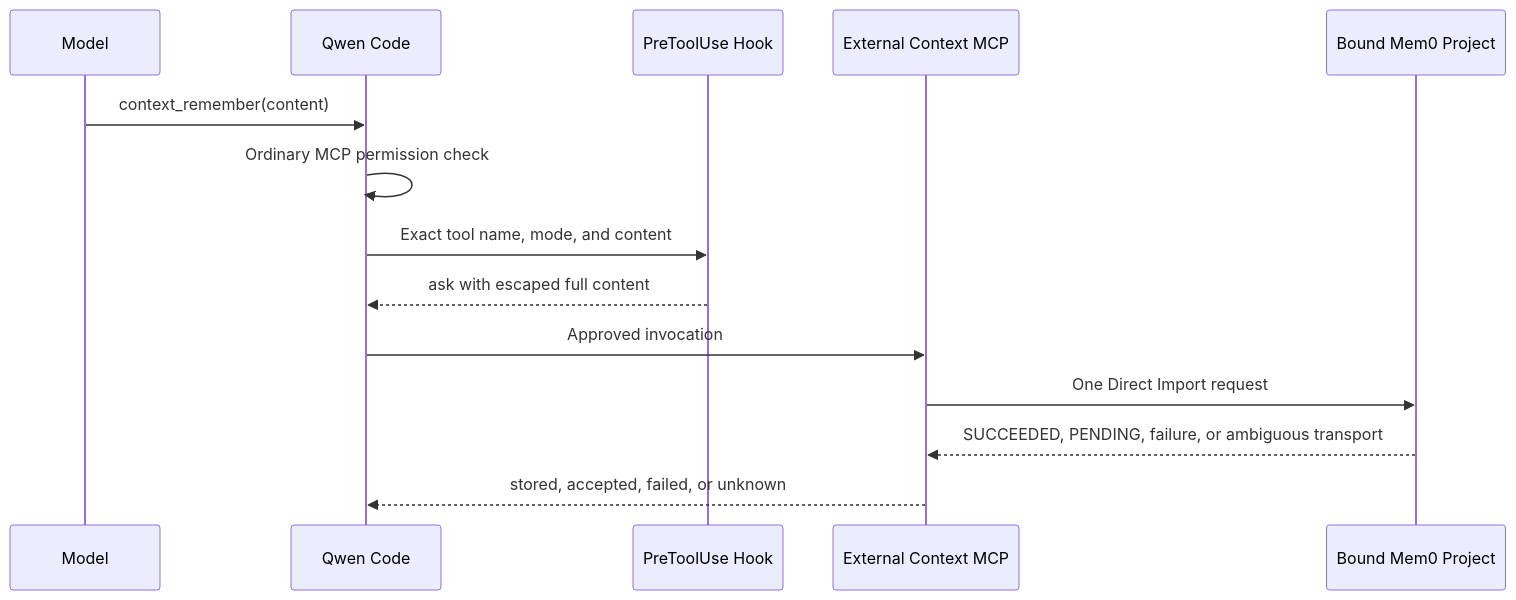
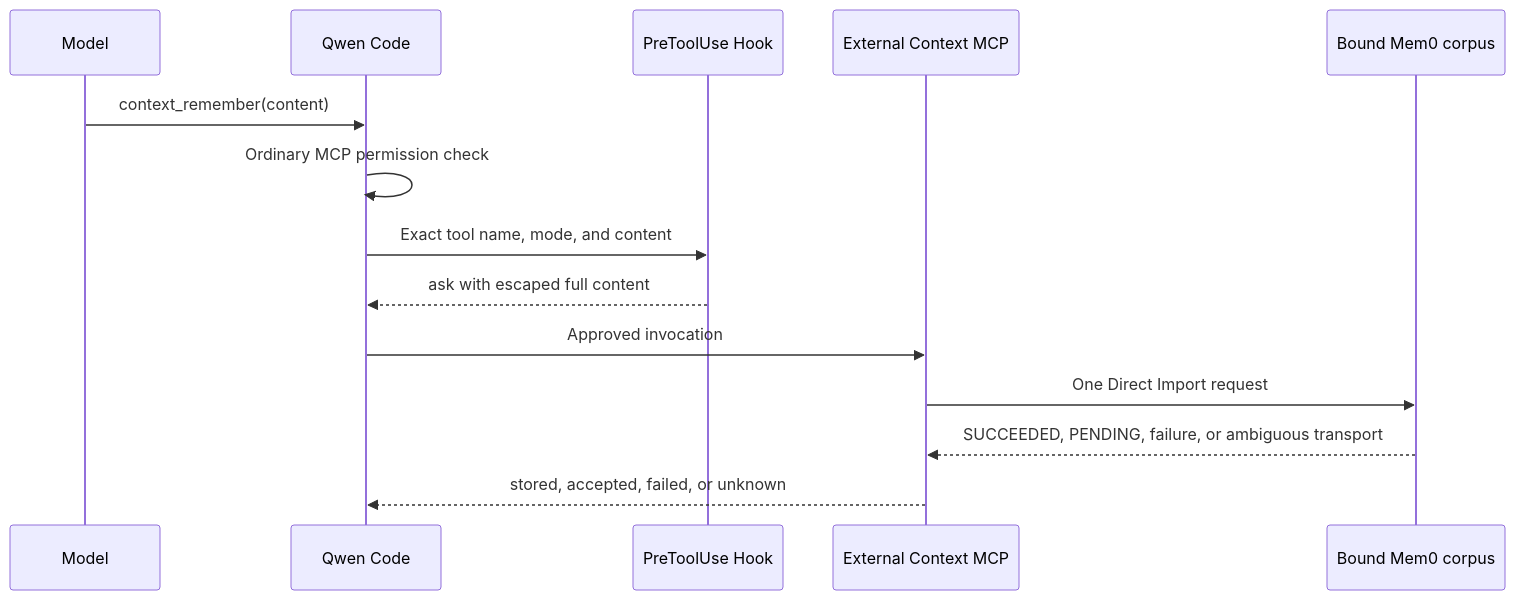
One commit to QwenLM/qwen-code changed the diagram in docs/design/direct-external-context-mem0-write.md. Above: the diagram before and after it, drawn with Mermaid. The commit also changed other lines of this file and 15 other files, not shown here.

````diff
--- a/docs/design/direct-external-context-mem0-write.md
+++ b/docs/design/direct-external-context-mem0-write.md
@@ -53,16 +58,16 @@
 ```mermaid
 sequenceDiagram
     participant M as Model
     participant Q as Qwen Code
     participant H as PreToolUse Hook
     participant E as External Context MCP
-    participant P as Bound Mem0 Project
+    participant P as Bound Mem0 corpus
     M->>Q: context_remember(content)
     Q->>Q: Ordinary MCP permission check
     Q->>H: Exact tool name, mode, and content
     H-->>Q: ask with escaped full content
     Q->>E: Approved invocation
     E->>P: One Direct Import request
     P-->>E: SUCCEEDED, PENDING, failure, or ambiguous transport
     E-->>Q: stored, accepted, failed, or unknown
 ```
````
